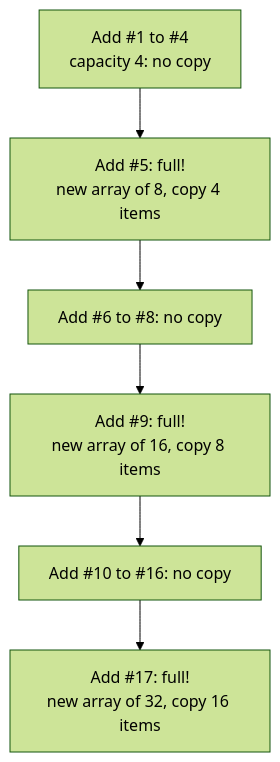
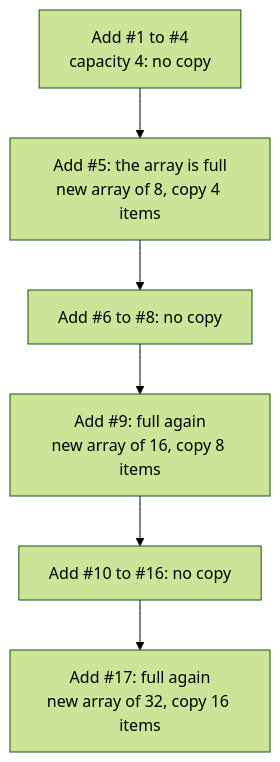
Before and after one commit to callasalvatore/csharp-algorithms: the tenth of 12 diagrams in lessons/00-big-o/README.md, drawn with Mermaid (forest theme). The commit also changed other lines of this file and 4 other files, not shown here.

````diff
--- a/lessons/00-big-o/README.md
+++ b/lessons/00-big-o/README.md
@@ -391,8 +360,8 @@
 ```mermaid
 flowchart TB
-    A["Add #1 to #4<br/>capacity 4: no copy"] --> B["Add #5: full!<br/>new array of 8, copy 4 items"]
+    A["Add #1 to #4<br/>capacity 4: no copy"] --> B["Add #5: the array is full<br/>new array of 8, copy 4 items"]
     B --> C["Add #6 to #8: no copy"]
-    C --> D["Add #9: full!<br/>new array of 16, copy 8 items"]
+    C --> D["Add #9: full again<br/>new array of 16, copy 8 items"]
     D --> E["Add #10 to #16: no copy"]
-    E --> F["Add #17: full!<br/>new array of 32, copy 16 items"]
+    E --> F["Add #17: full again<br/>new array of 32, copy 16 items"]
 ```
````
